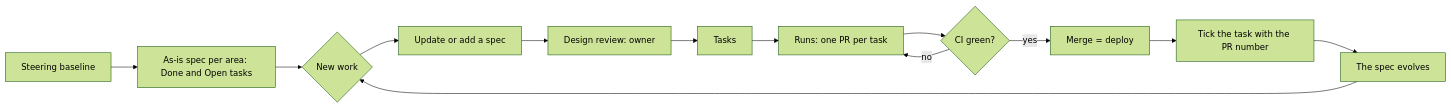
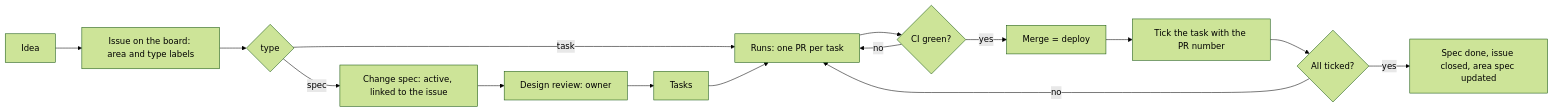
One commit to ned-si/homelab changed the second of 2 diagrams in docs/spec-driven-development.md. Above: the diagram before and after it, drawn with Mermaid (forest theme). The commit also changed other lines of this file and 27 other files, not shown here.

````diff
--- a/docs/spec-driven-development.md
+++ b/docs/spec-driven-development.md
@@ -282,15 +291,17 @@
 ```mermaid
 flowchart LR
-  A[Steering baseline] --> B[As-is spec per area: Done and Open tasks]
-  B --> C{New work}
-  C --> D[Update or add a spec]
+  A[Idea] --> B[Issue on the board: area and type labels]
+  B --> C{type}
+  C -- task --> G
+  C -- spec --> D[Change spec: active, linked to the issue]
   D --> E[Design review: owner]
   E --> F[Tasks]
   F --> G[Runs: one PR per task]
   G --> H{CI green?}
   H -- no --> G
   H -- yes --> I[Merge = deploy]
   I --> J[Tick the task with the PR number]
-  J --> K[The spec evolves]
-  K --> C
+  J --> K{All ticked?}
+  K -- no --> G
+  K -- yes --> L[Spec done, issue closed, area spec updated]
 ```
````
